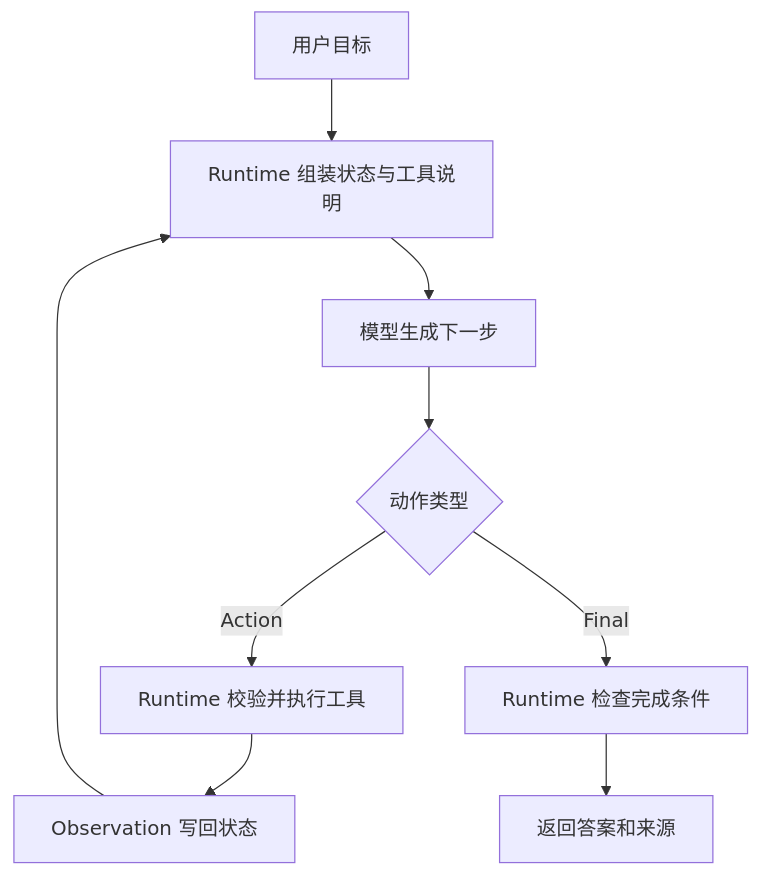
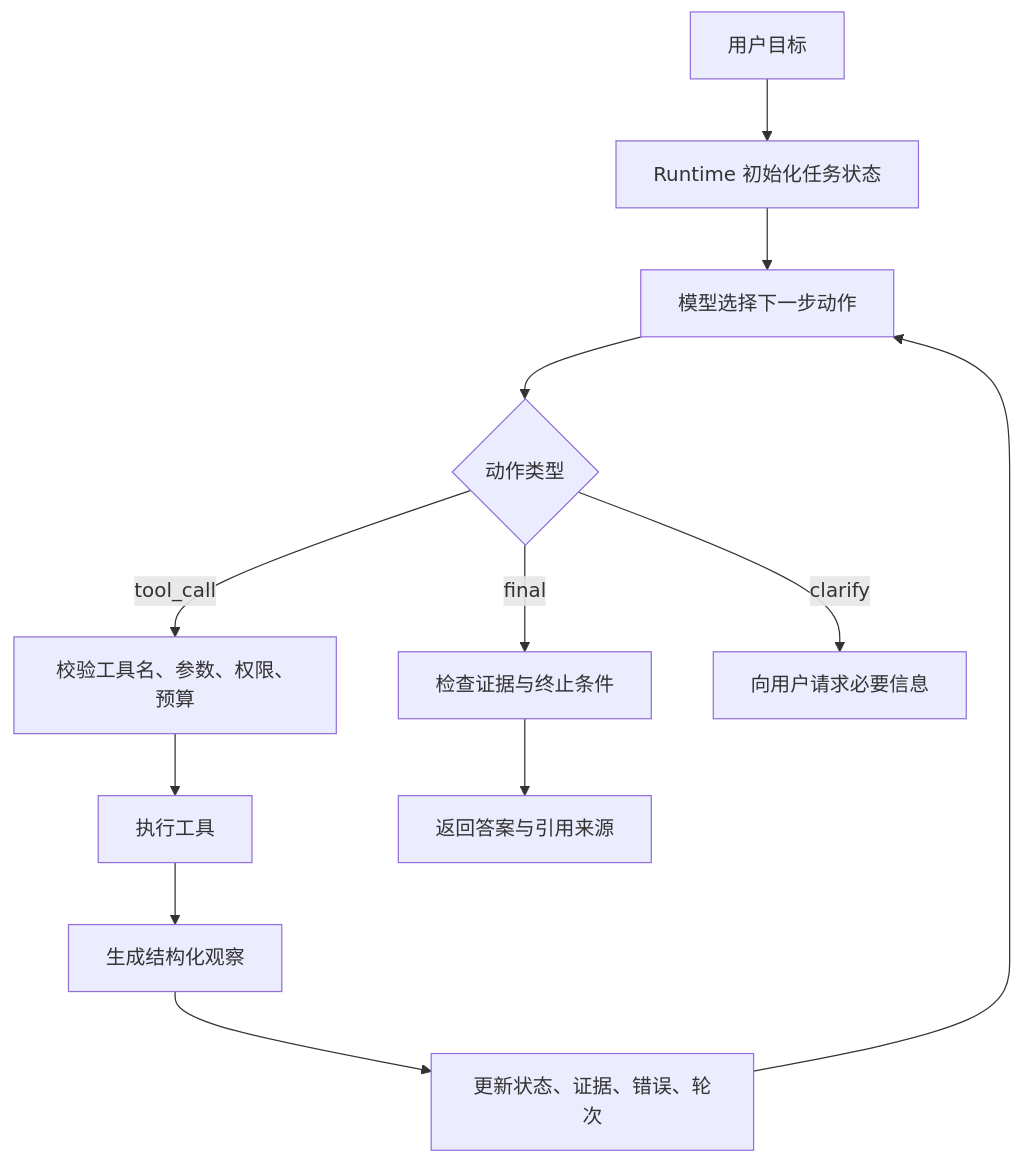
One commit to Doge2077/liyyro changed the diagram in docs/AI/Agent/Agent架构/ReAct范式.md. Above: the diagram before and after it, drawn with Mermaid. The commit also changed other lines of this file and 27 other files, not shown here.

````diff
--- a/docs/AI/Agent/Agent架构/ReAct范式.md
+++ b/docs/AI/Agent/Agent架构/ReAct范式.md
@@ -17,11 +34,14 @@
 ```mermaid
 flowchart TD
-  A["用户目标"] --> B["Runtime 组装状态与工具说明"]
-  B --> C["模型生成下一步"]
-  C --> D{"动作类型"}
-  D -->|"Action"| E["Runtime 校验并执行工具"]
-  E --> F["Observation 写回状态"]
-  F --> B
-  D -->|"Final"| G["Runtime 检查完成条件"]
-  G --> H["返回答案和来源"]
+  U["用户目标"] --> R["Runtime 初始化任务状态"]
+  R --> M["模型选择下一步动作"]
+  M --> A{"动作类型"}
+  A -->|"tool_call"| V["校验工具名、参数、权限、预算"]
+  V --> T["执行工具"]
+  T --> O["生成结构化观察"]
+  O --> S["更新状态、证据、错误、轮次"]
+  S --> M
+  A -->|"final"| C["检查证据与终止条件"]
+  C --> F["返回答案与引用来源"]
+  A -->|"clarify"| Q["向用户请求必要信息"]
 ```
````
